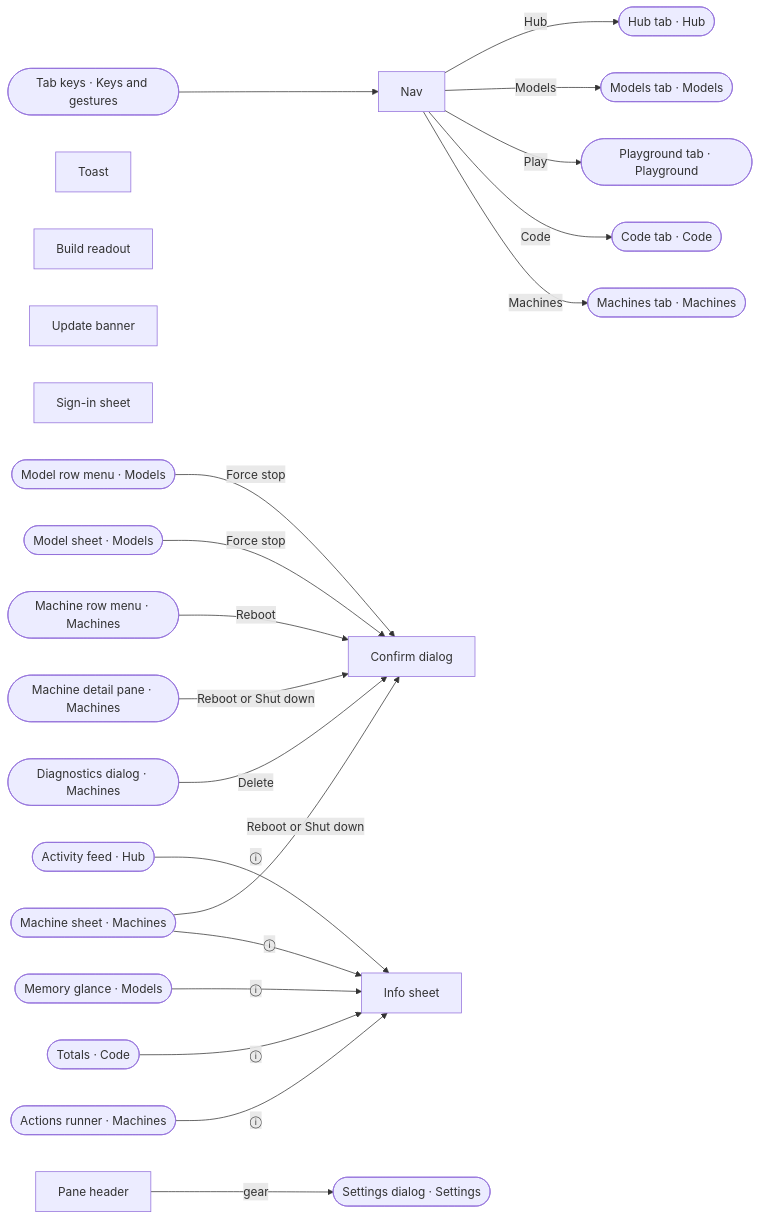
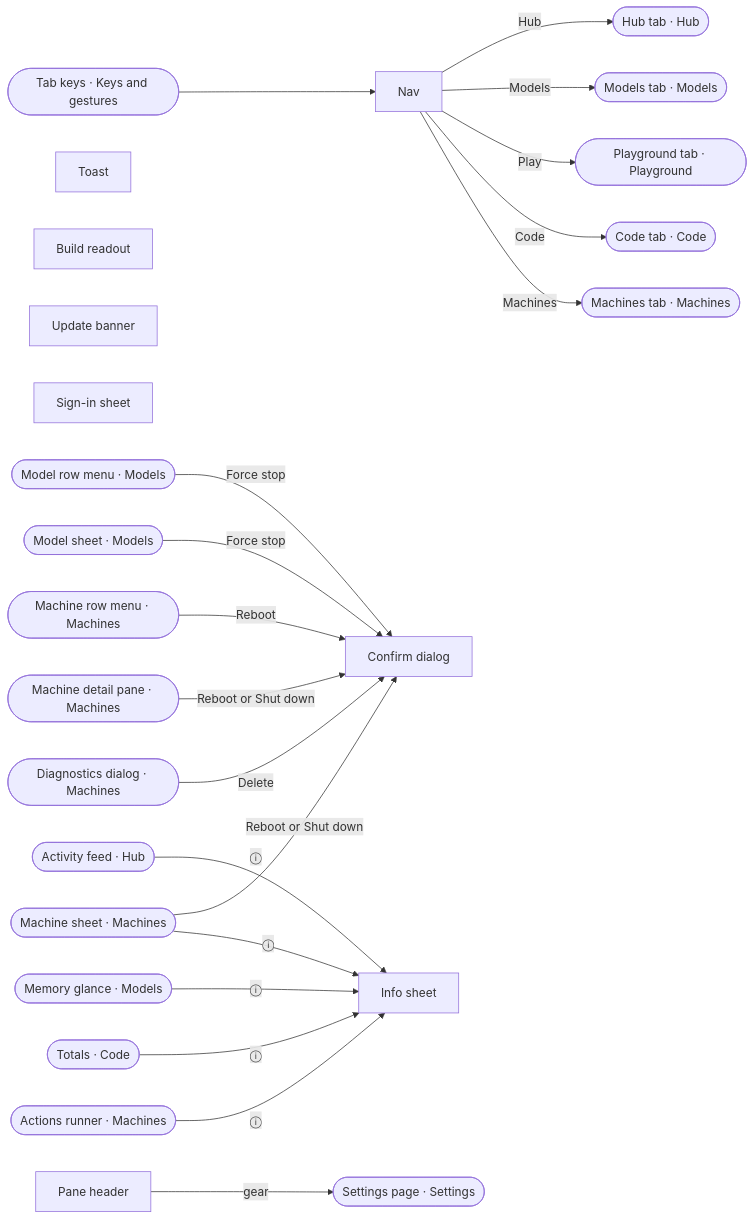
Before and after one commit to ferraroroberto/local-llm-hub: the first of 8 diagrams in docs/ux-surface-map.md, drawn with Mermaid. The commit also changed other lines of this file and 10 other files, not shown here.

````diff
--- a/docs/ux-surface-map.md
+++ b/docs/ux-surface-map.md
@@ -61,46 +61,46 @@
 ```mermaid
 flowchart LR
   s0["Nav"]
   s1["Pane header"]
   s2["Toast"]
   s3["Build readout"]
   s4["Update banner"]
   s5["Sign-in sheet"]
   s6["Confirm dialog"]
   s7["Info sheet"]
   s8(["Hub tab · Hub"])
   s19(["Models tab · Models"])
   s30(["Playground tab · Playground"])
   s41(["Code tab · Code"])
   s60(["Machines tab · Machines"])
-  s72(["Settings dialog · Settings"])
+  s72(["Settings page · Settings"])
   s11(["Activity feed · Hub"])
   s20(["Memory glance · Models"])
   s23(["Model row menu · Models"])
   s24(["Model sheet · Models"])
   s43(["Totals · Code"])
   s64(["Machine row menu · Machines"])
   s65(["Machine sheet · Machines"])
   s66(["Machine detail pane · Machines"])
   s67(["Actions runner · Machines"])
   s69(["Diagnostics dialog · Machines"])
   s81(["Tab keys · Keys and gestures"])
   s0 -->|"Hub"| s8
   s0 -->|"Models"| s19
   s0 -->|"Play"| s30
   s0 -->|"Code"| s41
   s0 -->|"Machines"| s60
   s1 -->|"gear"| s72
   s11 -->|"ⓘ"| s7
   s20 -->|"ⓘ"| s7
   s23 -->|"Force stop"| s6
   s24 -->|"Force stop"| s6
   s43 -->|"ⓘ"| s7
   s64 -->|"Reboot"| s6
   s65 -->|"Reboot or Shut down"| s6
   s65 -->|"ⓘ"| s7
   s66 -->|"Reboot or Shut down"| s6
   s67 -->|"ⓘ"| s7
   s69 -->|"Delete"| s6
   s81 --> s0
 ```
````
